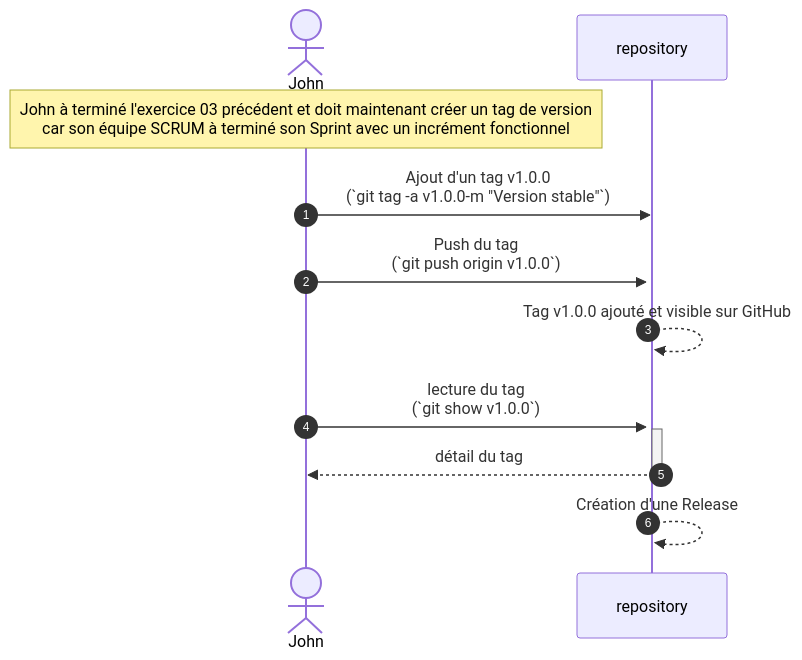
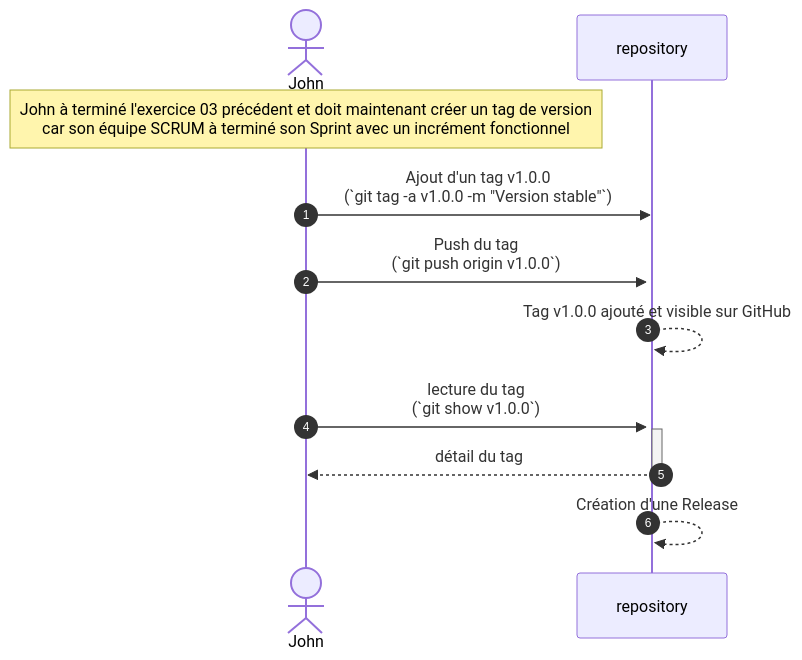
The diagram in exercices/Exercice-04-Scenario-GestionDesVersions.md (emf-info-23-24-62/426-github-collaboration-wicki-leonard-emf), drawn with Mermaid before and after one commit.

Commit message:
Fix: Correct tag command in scenario

````diff
--- a/exercices/Exercice-04-Scenario-GestionDesVersions.md
+++ b/exercices/Exercice-04-Scenario-GestionDesVersions.md
@@ -16,19 +16,19 @@
 ```mermaid
 sequenceDiagram
     autonumber
 
     actor John
     participant repository
  
     Note over John: John à terminé l'exercice 03 précédent et doit maintenant créer un tag de version <br> car son équipe SCRUM à terminé son Sprint avec un incrément fonctionnel
     
-    John->>repository: Ajout d'un tag v1.0.0<br/>(`git tag -a v1.0.0-m "Version stable"`)
+    John->>repository: Ajout d'un tag v1.0.0<br/>(`git tag -a v1.0.0 -m "Version stable"`)
     John->>+repository: Push du tag<br/>(`git push origin v1.0.0`)
    
     repository-->>repository: Tag v1.0.0 ajouté et visible sur GitHub
 
     John->>+repository: lecture du tag <br/>(`git show v1.0.0`)
     repository-->>-John: détail du tag
 
     repository-->>repository: Création d'une Release
 ```
````
